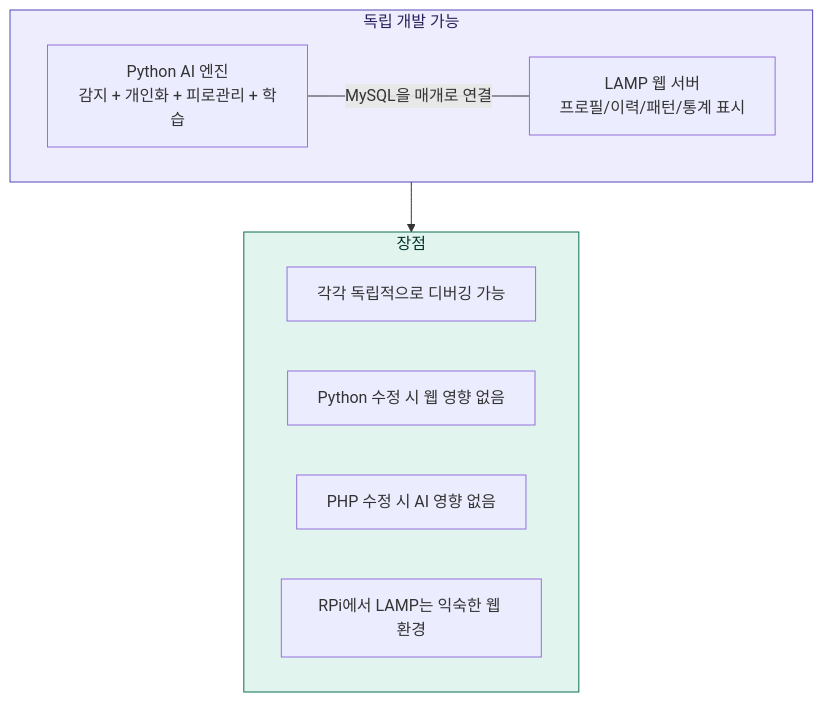
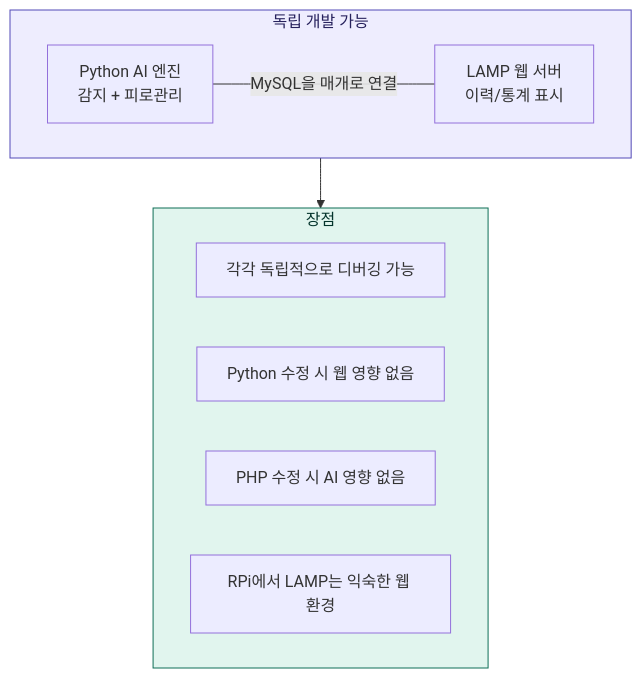
Diagram 11 of 11 in project.md (pgh165/capstone), drawn with Mermaid before and after one commit. The commit also changed other lines of this file and 13 other files, not shown here.

````diff
--- a/project.md
+++ b/project.md
@@ -976,21 +773,21 @@
 ```mermaid
 flowchart TB
     subgraph INDEPENDENT["독립 개발 가능"]
-        PY["Python AI 엔진<br/>감지 + 개인화 + 피로관리 + 학습"]
-        WEB["LAMP 웹 서버<br/>프로필/이력/패턴/통계 표시"]
+        PY["Python AI 엔진<br/>감지 + 피로관리"]
+        WEB["LAMP 웹 서버<br/>이력/통계 표시"]
     end
 
     PY -- "MySQL을 매개로 연결" --- WEB
 
     subgraph BENEFIT["장점"]
         B1["각각 독립적으로 디버깅 가능"]
         B2["Python 수정 시 웹 영향 없음"]
         B3["PHP 수정 시 AI 영향 없음"]
         B4["RPi에서 LAMP는 익숙한 웹 환경"]
     end
 
     INDEPENDENT --> BENEFIT
 
     style INDEPENDENT fill:#EEEDFE,stroke:#534AB7,color:#26215C
     style BENEFIT fill:#E1F5EE,stroke:#0F6E56,color:#04342C
 ```
````
